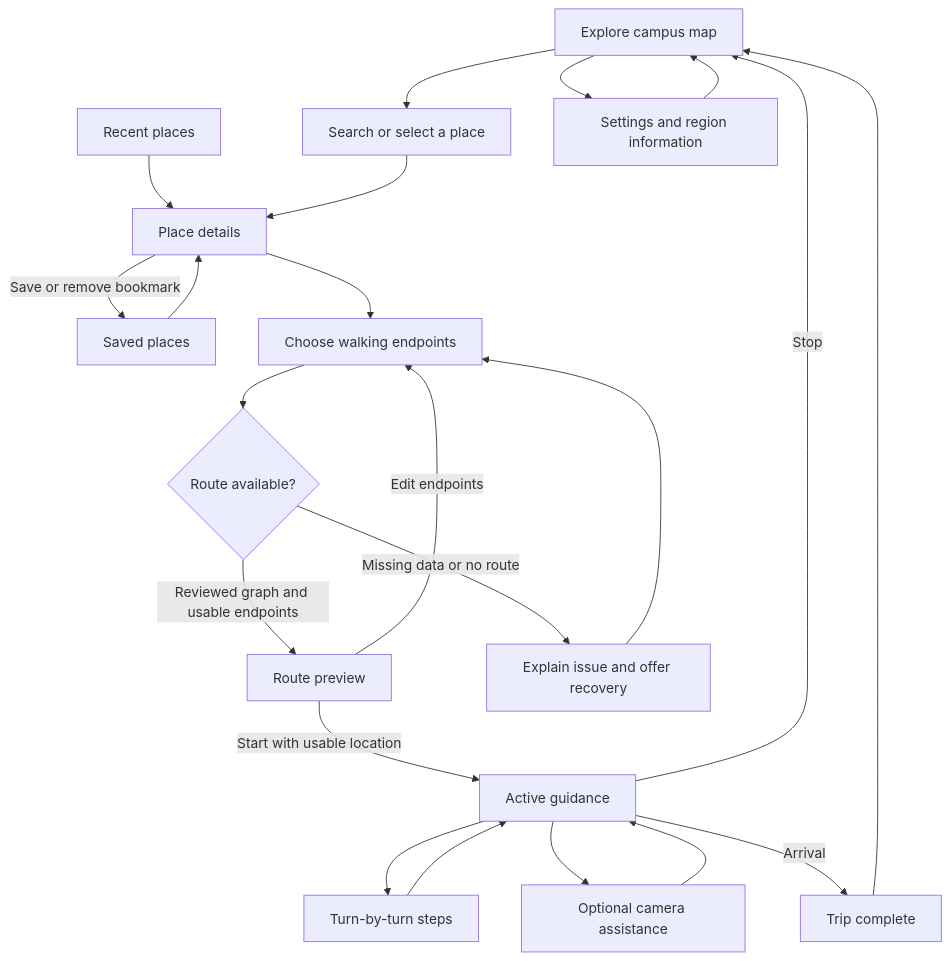
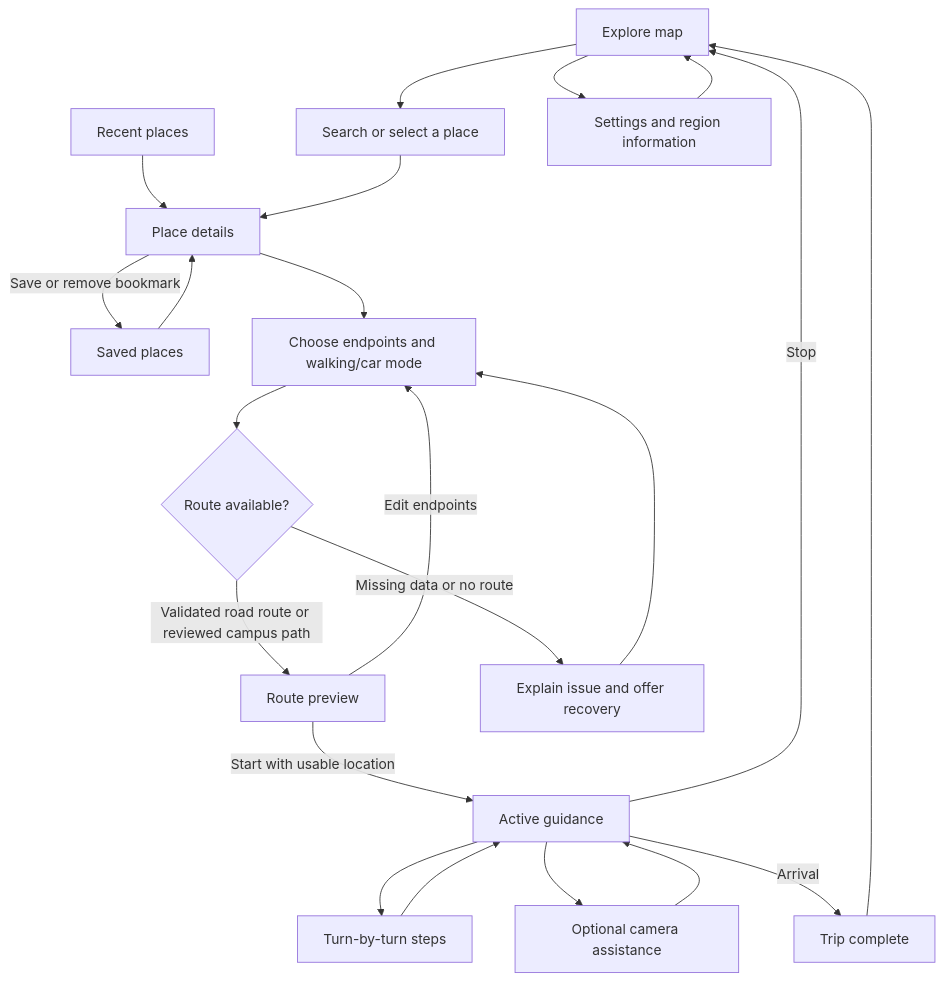
One commit to InsaneCoder789/NavGate changed the diagram in README.md. Above: the diagram before and after it, drawn with Mermaid. The commit also changed other lines of this file and 50 other files, not shown here.

First line of the commit message:
feat: Add Valhalla road routing, India search and manual itineraries

````diff
--- a/README.md
+++ b/README.md
@@ -17,24 +19,24 @@
 ```mermaid
 flowchart TD
-    Explore[Explore campus map] --> Search[Search or select a place]
+    Explore[Explore map] --> Search[Search or select a place]
     Saved[Saved places] --> Details[Place details]
     Recents[Recent places] --> Details
     Search --> Details
     Details -->|Save or remove bookmark| Saved
-    Details --> Endpoints[Choose walking endpoints]
+    Details --> Endpoints[Choose endpoints and walking/car mode]
     Endpoints --> Plan{Route available?}
-    Plan -->|Reviewed graph and usable endpoints| Preview[Route preview]
+    Plan -->|Validated road route or reviewed campus path| Preview[Route preview]
     Plan -->|Missing data or no route| Recovery[Explain issue and offer recovery]
     Recovery --> Endpoints
     Preview -->|Start with usable location| Guidance[Active guidance]
     Preview -->|Edit endpoints| Endpoints
     Guidance --> Steps[Turn-by-turn steps]
     Steps --> Guidance
     Guidance --> Camera[Optional camera assistance]
     Camera --> Guidance
     Guidance -->|Arrival| Arrival[Trip complete]
     Guidance -->|Stop| Explore
     Arrival --> Explore
     Explore --> Settings[Settings and region information]
     Settings --> Explore
 ```
````
